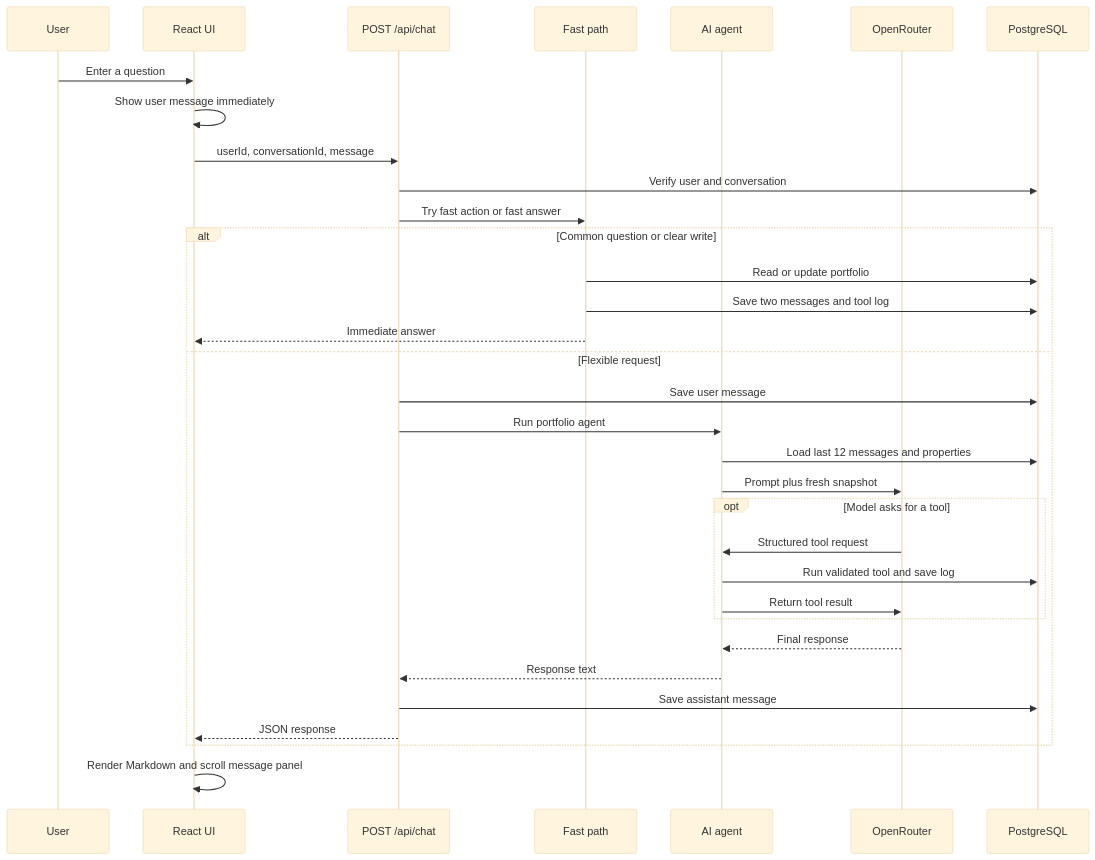
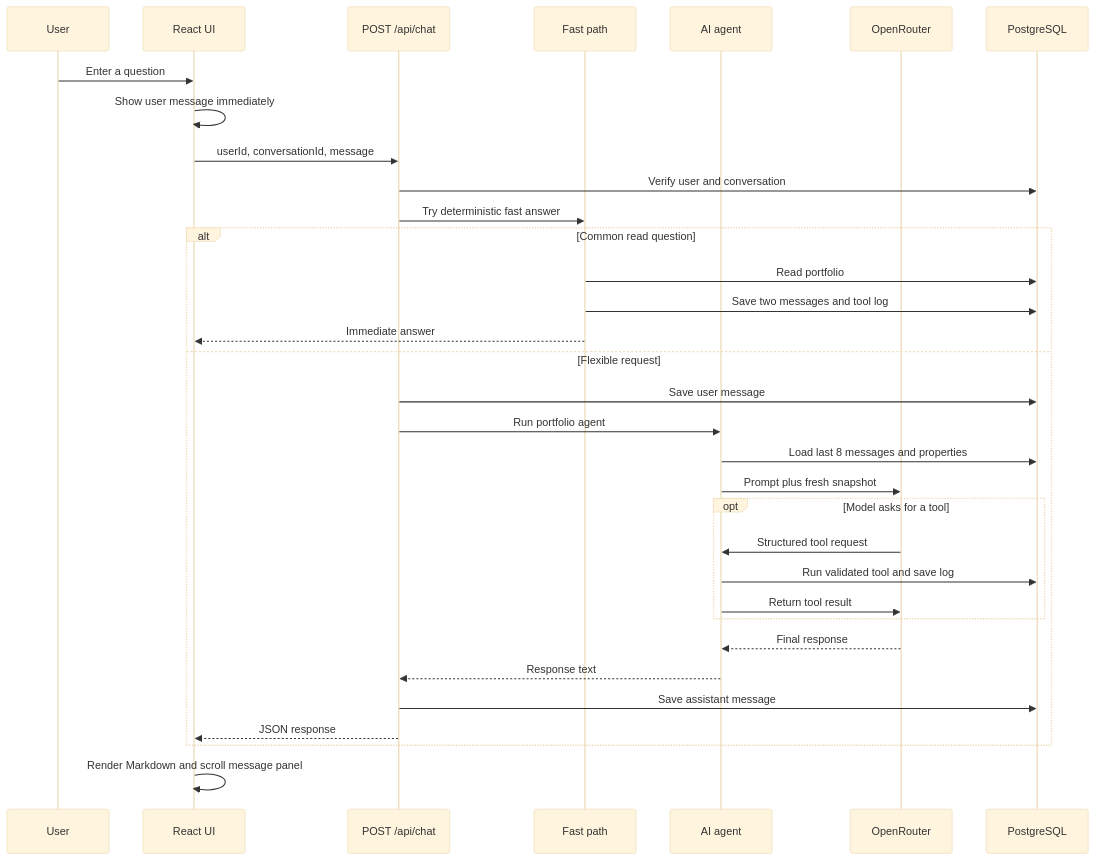
The third of 4 diagrams in README.md (chirag-singhh/Assignment), drawn with Mermaid (base theme) before and after one commit. The commit also changed other lines of this file and 10 other files, not shown here.

````diff
--- a/README.md
+++ b/README.md
@@ -295,36 +295,36 @@
 ```mermaid
 sequenceDiagram
     participant U as User
     participant R as React UI
     participant C as POST /api/chat
     participant F as Fast path
     participant A as AI agent
     participant O as OpenRouter
     participant P as PostgreSQL
 
     U->>R: Enter a question
     R->>R: Show user message immediately
     R->>C: userId, conversationId, message
     C->>P: Verify user and conversation
-    C->>F: Try fast action or fast answer
-    alt Common question or clear write
-        F->>P: Read or update portfolio
+    C->>F: Try deterministic fast answer
+    alt Common read question
+        F->>P: Read portfolio
         F->>P: Save two messages and tool log
         F-->>R: Immediate answer
     else Flexible request
         C->>P: Save user message
         C->>A: Run portfolio agent
-        A->>P: Load last 12 messages and properties
+        A->>P: Load last 8 messages and properties
         A->>O: Prompt plus fresh snapshot
         opt Model asks for a tool
             O->>A: Structured tool request
             A->>P: Run validated tool and save log
             A->>O: Return tool result
         end
         O-->>A: Final response
         A-->>C: Response text
         C->>P: Save assistant message
         C-->>R: JSON response
     end
     R->>R: Render Markdown and scroll message panel
 ```
````
